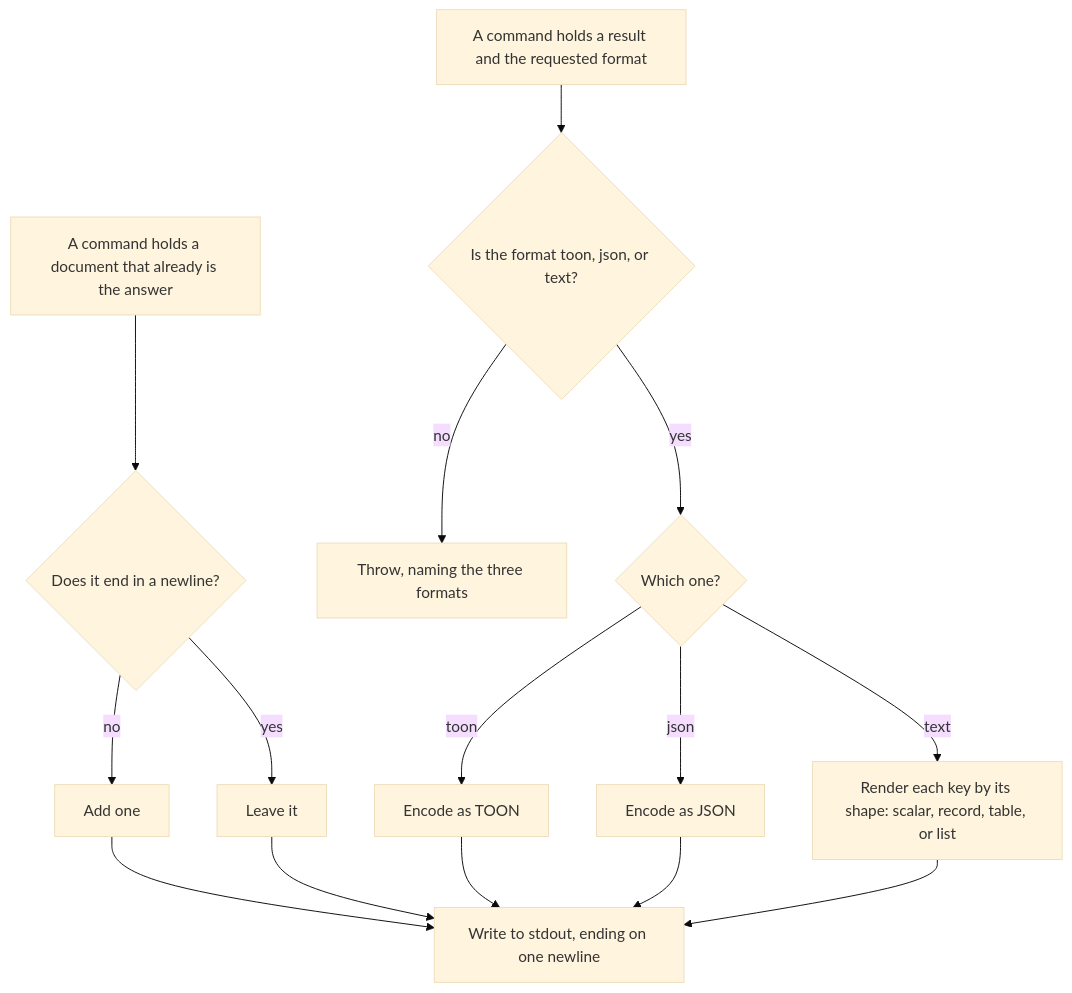
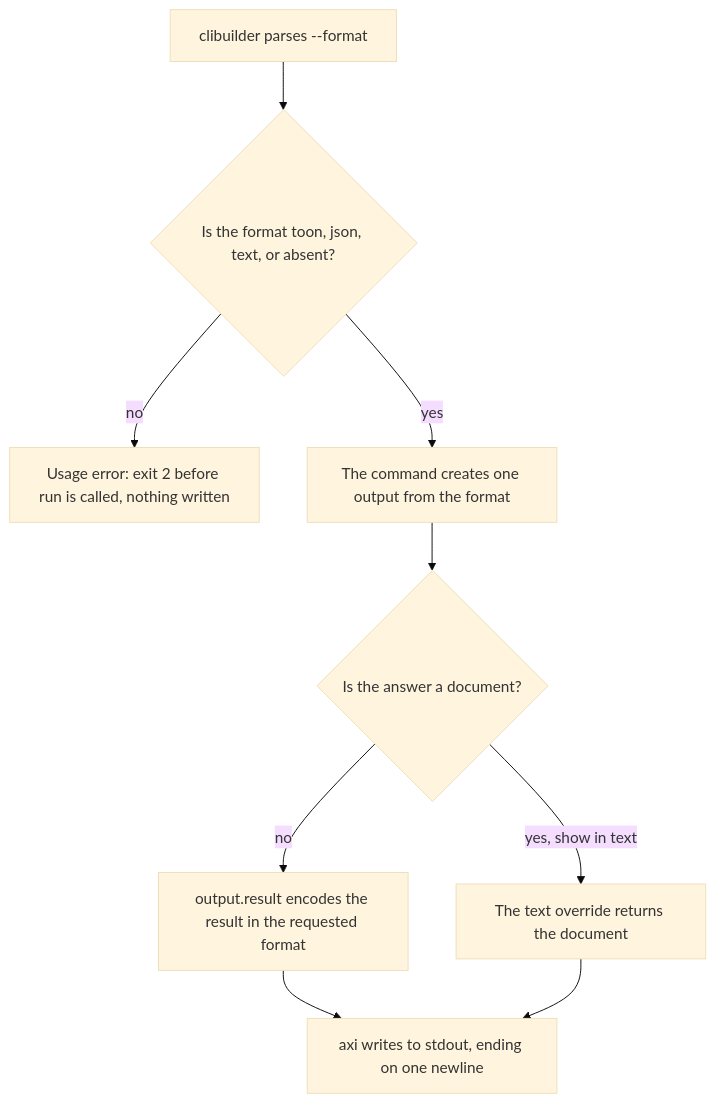
Before and after one commit to repobuddy/buddy-agent-harness: the first of 2 diagrams in packages/buddy-agent-harness/.agents/spec/cli/command-output/README.md, drawn with Mermaid (base theme). The commit also changed other lines of this file and 29 other files, not shown here.

First line of the commit message:
feat(cli): adopt @clibuilder/axi for --format output (#230)

````diff
--- a/packages/buddy-agent-harness/.agents/spec/cli/command-output/README.md
+++ b/packages/buddy-agent-harness/.agents/spec/cli/command-output/README.md
@@ -98,17 +86,11 @@
 ```mermaid
 flowchart TD
-  Z[A command holds a document that already is the answer] --> Y{Does it end in a newline?}
-  Y -->|no| X[Add one]
-  Y -->|yes| W[Leave it]
-  X --> H
-  W --> H
-  A[A command holds a result and the requested format] --> B{Is the format toon, json, or text?}
-  B -->|no| C[Throw, naming the three formats]
-  B -->|yes| D{Which one?}
-  D -->|toon| E[Encode as TOON]
-  D -->|json| F[Encode as JSON]
-  D -->|text| G[Render each key by its shape: scalar, record, table, or list]
-  E --> H[Write to stdout, ending on one newline]
-  F --> H
+  A[clibuilder parses --format] --> B{Is the format toon, json, text, or absent?}
+  B -->|no| C[Usage error: exit 2 before run is called, nothing written]
+  B -->|yes| D[The command creates one output from the format]
+  D --> E{Is the answer a document?}
+  E -->|no| F[output.result encodes the result in the requested format]
+  E -->|yes, show in text| G[The text override returns the document]
+  F --> H[axi writes to stdout, ending on one newline]
   G --> H
 ```
````
